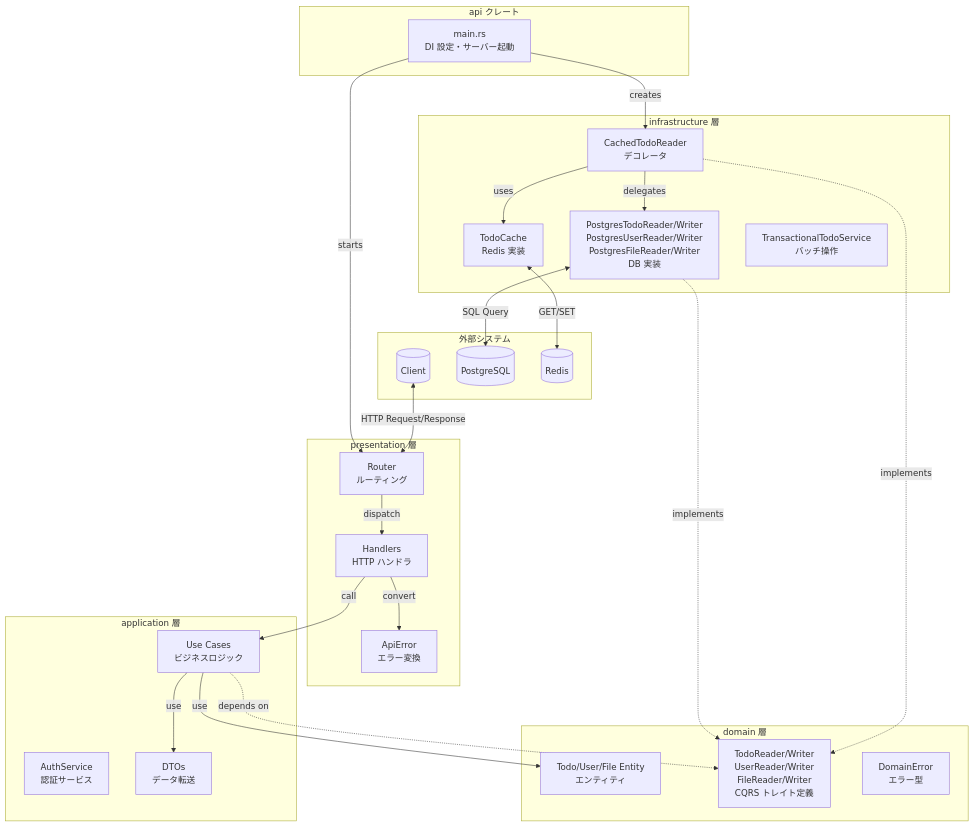
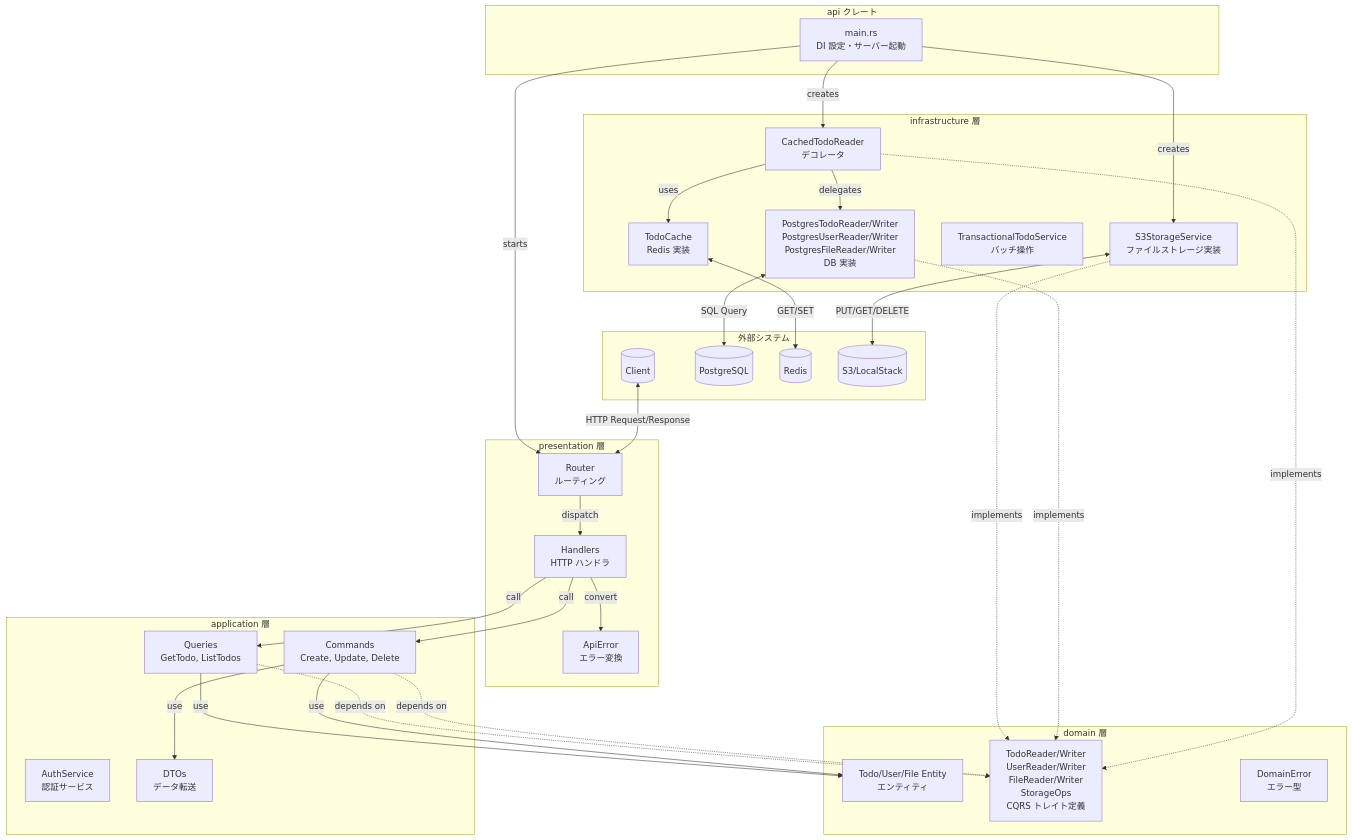
One commit to sbk0716/spin-axum-todo changed the first of 7 diagrams in core/docs/architecture.md. Above: the diagram before and after it, drawn with Mermaid. The commit also changed other lines of this file and 42 other files, not shown here.

````diff
--- a/core/docs/architecture.md
+++ b/core/docs/architecture.md
@@ -10,53 +10,62 @@
 ```mermaid
 flowchart TB
     subgraph External["外部システム"]
         Client[("Client")]
         PG[("PostgreSQL")]
         RD[("Redis")]
+        S3[("S3/LocalStack")]
     end
 
     subgraph API["api クレート"]
         Main["main.rs<br/>DI 設定・サーバー起動"]
     end
 
     subgraph Presentation["presentation 層"]
         Router["Router<br/>ルーティング"]
         Handler["Handlers<br/>HTTP ハンドラ"]
         ApiError["ApiError<br/>エラー変換"]
     end
 
     subgraph Application["application 層"]
-        UC["Use Cases<br/>ビジネスロジック"]
+        Commands["Commands<br/>Create, Update, Delete"]
+        Queries["Queries<br/>GetTodo, ListTodos"]
         Auth["AuthService<br/>認証サービス"]
         DTO["DTOs<br/>データ転送"]
     end
 
     subgraph Domain["domain 層"]
         Entity["Todo/User/File Entity<br/>エンティティ"]
-        Repo["TodoReader/Writer<br/>UserReader/Writer<br/>FileReader/Writer<br/>CQRS トレイト定義"]
+        Repo["TodoReader/Writer<br/>UserReader/Writer<br/>FileReader/Writer<br/>StorageOps<br/>CQRS トレイト定義"]
         DomainErr["DomainError<br/>エラー型"]
     end
 
     subgraph Infrastructure["infrastructure 層"]
         PgRepo["PostgresTodoReader/Writer<br/>PostgresUserReader/Writer<br/>PostgresFileReader/Writer<br/>DB 実装"]
         Cache["TodoCache<br/>Redis 実装"]
         CachedRepo["CachedTodoReader<br/>デコレータ"]
         TxService["TransactionalTodoService<br/>バッチ操作"]
+        S3Service["S3StorageService<br/>ファイルストレージ実装"]
     end
 
     Client <-->|HTTP Request/Response| Router
     Router -->|dispatch| Handler
-    Handler -->|call| UC
+    Handler -->|call| Commands
+    Handler -->|call| Queries
     Handler -->|convert| ApiError
-    UC -->|use| DTO
-    UC -->|use| Entity
-    UC -.->|depends on| Repo
+    Commands -->|use| DTO
+    Commands -->|use| Entity
+    Queries -->|use| Entity
+    Commands -.->|depends on| Repo
+    Queries -.->|depends on| Repo
     CachedRepo -.->|implements| Repo
     PgRepo -.->|implements| Repo
+    S3Service -.->|implements| Repo
     CachedRepo -->|delegates| PgRepo
     CachedRepo -->|uses| Cache
     PgRepo <-->|SQL Query| PG
     Cache <-->|GET/SET| RD
+    S3Service <-->|PUT/GET/DELETE| S3
     Main -->|creates| CachedRepo
+    Main -->|creates| S3Service
     Main -->|starts| Router
 ```
````
